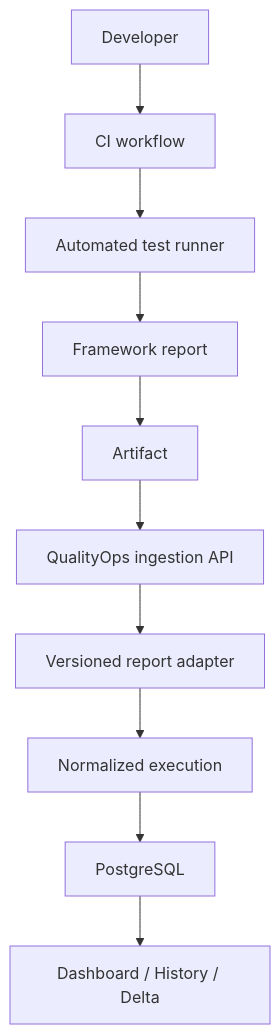
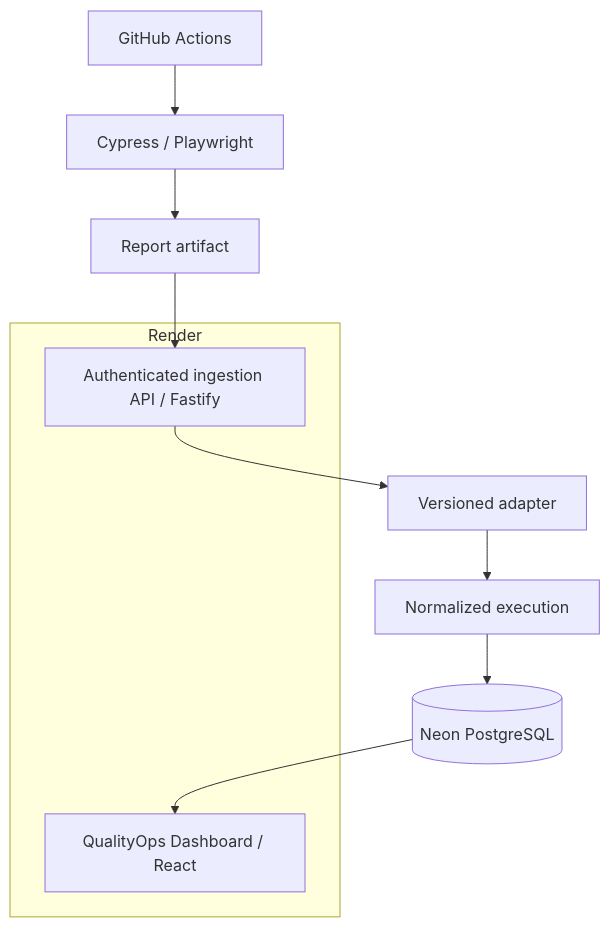
Before and after one commit to luanaabastos/qualityops-hub: the diagram in README.md, drawn with Mermaid. The commit also changed other lines of this file and 14 other files, not shown here.

````diff
--- a/README.md
+++ b/README.md
@@ -55,12 +53,16 @@
 ```mermaid
 flowchart TD
-  Developer --> CI[CI workflow]
-  CI --> Runner[Automated test runner]
-  Runner --> Report[Framework report]
-  Report --> Artifact
-  Artifact --> API[QualityOps ingestion API]
-  API --> Adapter[Versioned report adapter]
-  Adapter --> Normalized[Normalized execution]
-  Normalized --> PostgreSQL
-  PostgreSQL --> Views[Dashboard / History / Delta]
+  Actions[GitHub Actions]
+  Runners[Cypress / Playwright]
+  Report[Report artifact]
+  Adapter[Versioned adapter]
+  Execution[Normalized execution]
+  Database[(Neon PostgreSQL)]
+
+  subgraph Render
+    API[Authenticated ingestion API / Fastify]
+    Dashboard[QualityOps Dashboard / React]
+  end
+
+  Actions --> Runners --> Report --> API --> Adapter --> Execution --> Database --> Dashboard
 ```
````
